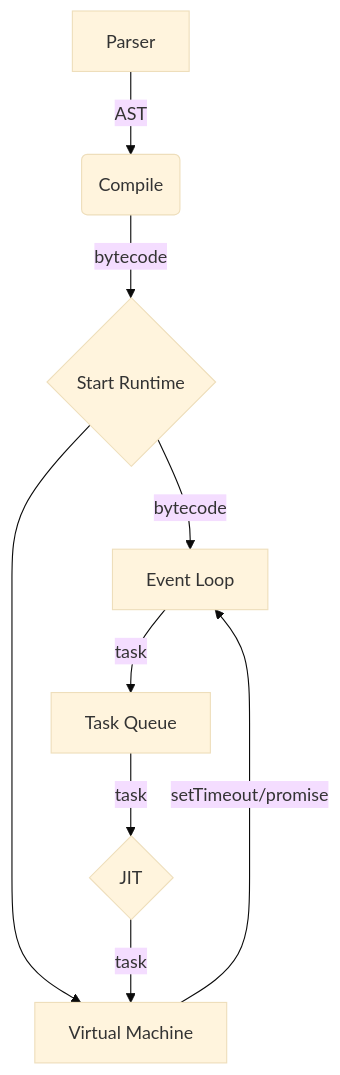
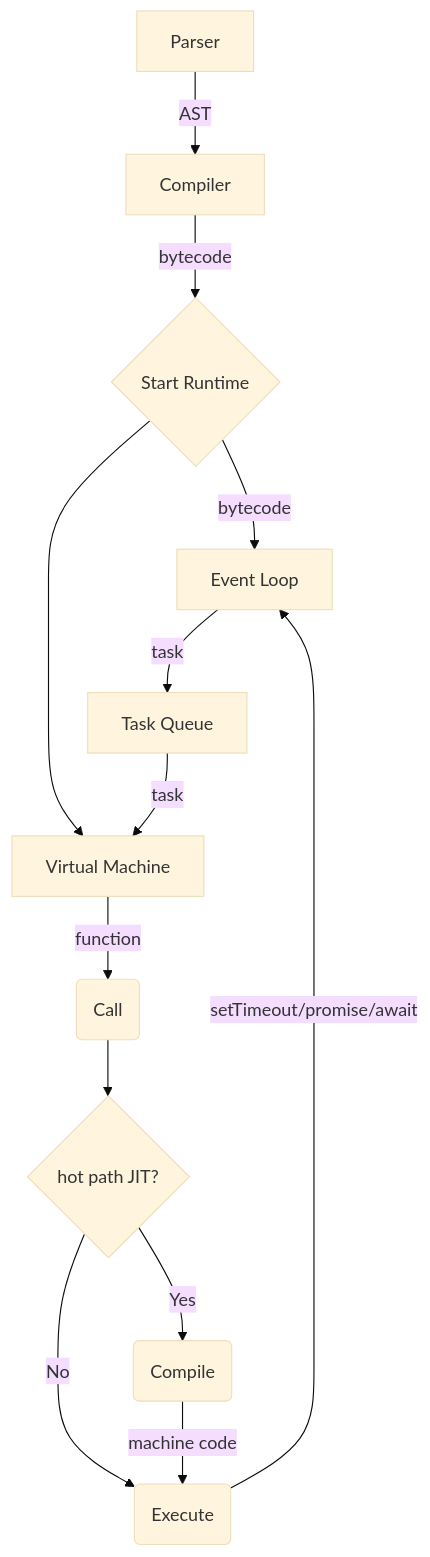
One commit to JeremiasRy/go_js changed the diagram in README.md. Above: the diagram before and after it, drawn with Mermaid (base theme). The commit also changed other lines of this file, not shown here.

Commit message:
patch-readme (#48)

````diff
--- a/README.md
+++ b/README.md
@@ -26,12 +28,19 @@
 ```mermaid
 flowchart TD
-    A[Parser] -->|AST| B(Compile)
+    A[Parser] -->|AST| B[Compiler]
     B --> | bytecode| C{Start Runtime}
     C --> |bytecode| D[Event Loop]
     D --> | task | G[Task Queue]
     C -->E[Virtual Machine]
 
-    G --> |task| H{JIT}
-    H --> |task| E
-    E --> |setTimeout/promise| D
+
+    G --> |task| E
+    R --> |setTimeout/promise/await| D
+
+    E --> |function| T(Call)
+
+    T -->  J{hot path JIT?}
+    J --> | Yes | I(Compile)
+    J --> | No | R(Execute)
+    I --> | machine code | R
 ```
````
